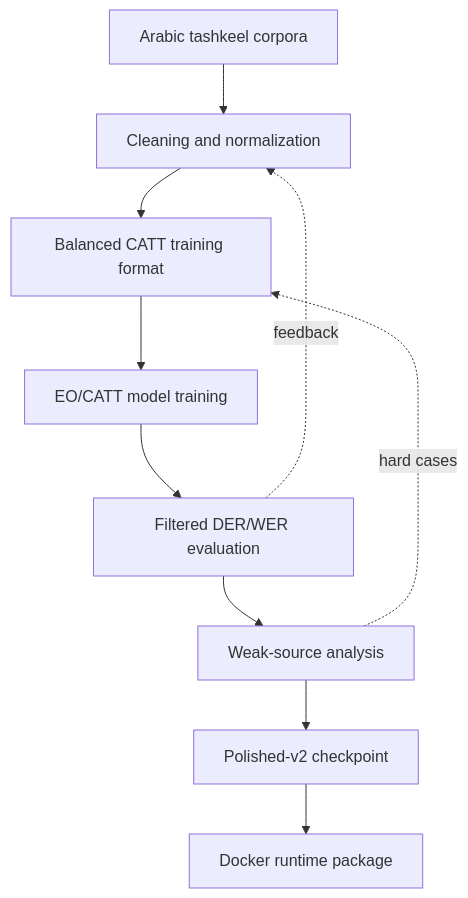
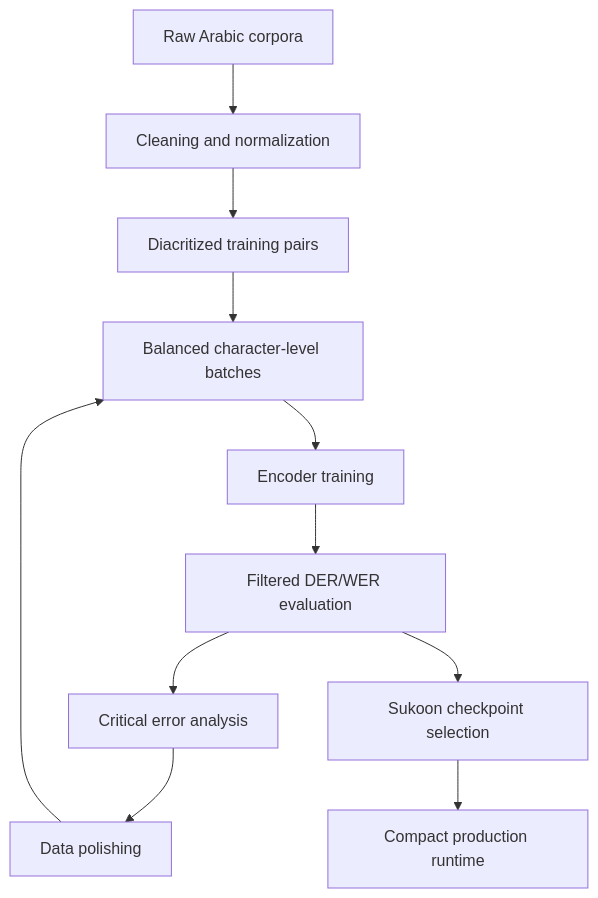
Before and after one commit to Dwekatius/Tashkeel: the third of 3 diagrams in README.md, drawn with Mermaid. The commit also changed other lines of this file and 9 other files, not shown here.

Commit message:
Polish Sukoon model card positioning

````diff
--- a/README.md
+++ b/README.md
@@ -154,13 +170,13 @@
 ```mermaid
 flowchart TD
-    A[Arabic tashkeel corpora] --> B[Cleaning and normalization]
-    B --> C[Balanced CATT training format]
-    C --> D[EO/CATT model training]
-    D --> E[Filtered DER/WER evaluation]
-    E --> F[Weak-source analysis]
-    F --> G[Polished-v2 checkpoint]
-    G --> H[Docker runtime package]
-
-    E -. feedback .-> B
-    F -. hard cases .-> C
+    A[Raw Arabic corpora] --> B[Cleaning and normalization]
+    B --> C[Diacritized training pairs]
+    C --> D[Balanced character-level batches]
+    D --> E[Encoder training]
+    E --> F[Filtered DER/WER evaluation]
+    F --> G[Critical error analysis]
+    G --> H[Data polishing]
+    H --> D
+    F --> I[Sukoon checkpoint selection]
+    I --> J[Compact production runtime]
 ```
````
